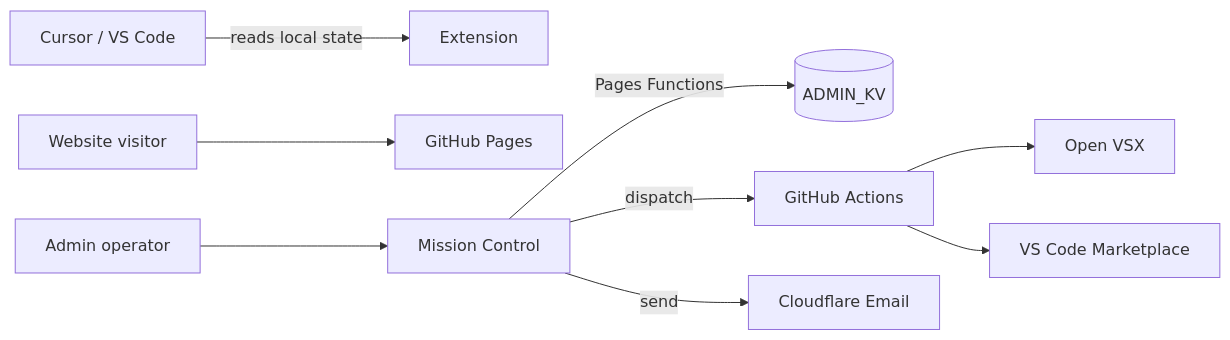
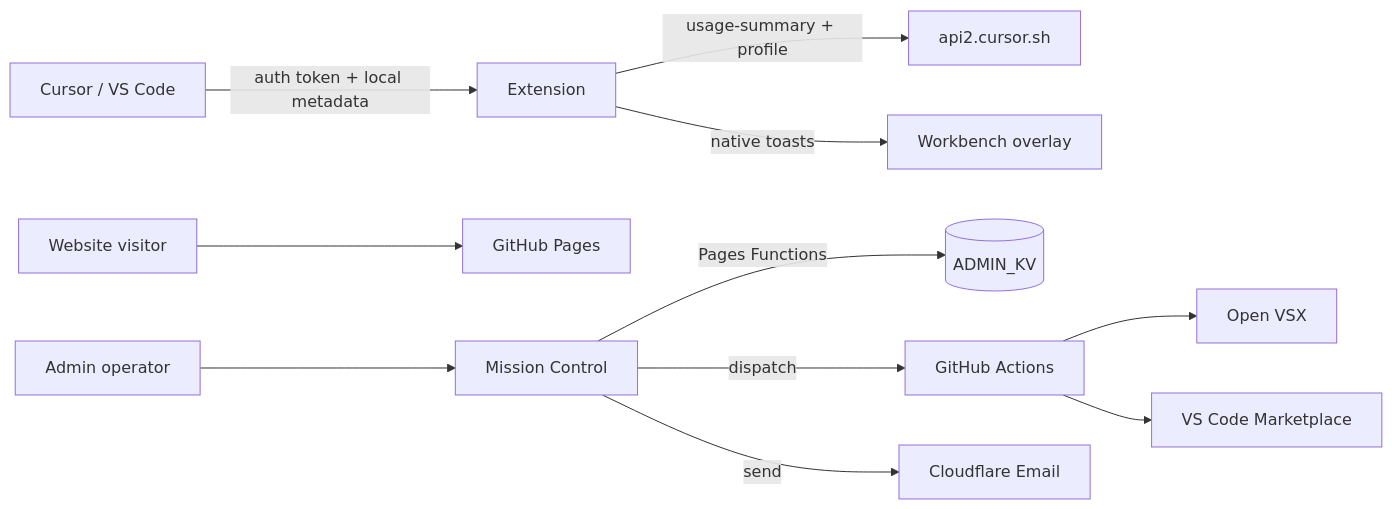
One commit to Maijied/Cursor-Curse-Monitor-by-Lorapok changed the diagram in docs/wiki/Architecture.md. Above: the diagram before and after it, drawn with Mermaid. The commit also changed other lines of this file and 18 other files, not shown here.

First line of the commit message:
feat(extension): professional dashboard with local insights and native toasts.

````diff
--- a/docs/wiki/Architecture.md
+++ b/docs/wiki/Architecture.md
@@ -16,11 +16,13 @@
 ```mermaid
 flowchart LR
-  IDE[Cursor / VS Code] -->|reads local state| EXT[Extension]
+  IDE[Cursor / VS Code] -->|auth token + local metadata| EXT[Extension]
+  EXT -->|usage-summary + profile| API[api2.cursor.sh]
+  EXT -->|native toasts| Toast[Workbench overlay]
   Visitor[Website visitor] --> SITE[GitHub Pages]
   Admin[Admin operator] --> MC[Mission Control]
   MC -->|Pages Functions| KV[(ADMIN_KV)]
   MC -->|dispatch| GHA[GitHub Actions]
   GHA --> OVSX[Open VSX]
   GHA --> VSM[VS Code Marketplace]
   MC -->|send| MAIL[Cloudflare Email]
 ```
````
